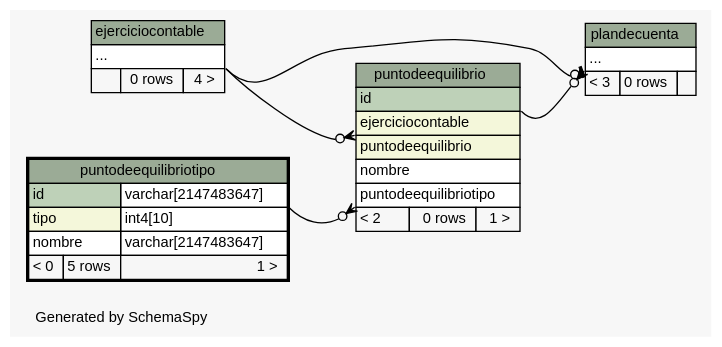
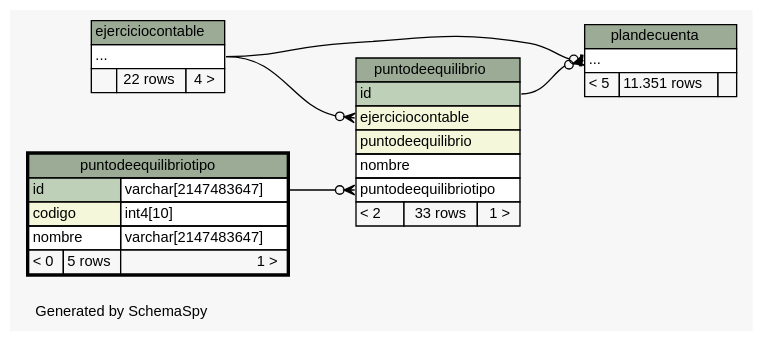
One commit to sebaalvarez/massoftware changed the diagram in sql/postgresql/schemaSpy/salida/diagrams/puntodeequilibriotipo.2degrees.dot. Above: the diagram before and after it, drawn with Graphviz. The commit also changed 651 other files, not shown here.

```diff
--- a/sql/postgresql/schemaSpy/salida/diagrams/puntodeequilibriotipo.2degrees.dot
+++ b/sql/postgresql/schemaSpy/salida/diagrams/puntodeequilibriotipo.2degrees.dot
@@ -1,72 +1,72 @@
-// dot 2.2.1 on Windows 10 10.0
+// dot 2.38.0 on Windows 10 10.0
 // SchemaSpy rev 590
 digraph "twoDegreesRelationshipsDiagram" {
   graph [
     rankdir="RL"
     bgcolor="#f7f7f7"
     label="\nGenerated by SchemaSpy"
     labeljust="l"
     nodesep="0.18"
     ranksep="0.46"
     fontname="Helvetica"
     fontsize="11"
   ];
   node [
     fontname="Helvetica"
     fontsize="11"
     shape="plaintext"
   ];
   edge [
     arrowsize="0.8"
   ];
-  "plandecuenta":"elipses":sw -> "ejerciciocontable":"elipses":se [arrowhead=none dir=back arrowtail=teeodot];
-  "plandecuenta":"elipses":sw -> "puntodeequilibrio":"id":se [arrowhead=none dir=back arrowtail=crowodot];
-  "puntodeequilibrio":"ejerciciocontable":sw -> "ejerciciocontable":"elipses":se [arrowhead=none dir=back arrowtail=crowodot];
-  "puntodeequilibrio":"puntodeequilibriotipo":sw -> "puntodeequilibriotipo":"id.type":se [arrowhead=none dir=back arrowtail=crowodot];
+  "plandecuenta":"elipses":w -> "ejerciciocontable":"elipses":e [arrowhead=none dir=back arrowtail=teeodot];
+  "plandecuenta":"elipses":w -> "puntodeequilibrio":"id":e [arrowhead=none dir=back arrowtail=crowodot];
+  "puntodeequilibrio":"ejerciciocontable":w -> "ejerciciocontable":"elipses":e [arrowhead=none dir=back arrowtail=crowodot];
+  "puntodeequilibrio":"puntodeequilibriotipo":w -> "puntodeequilibriotipo":"id.type":e [arrowhead=none dir=back arrowtail=crowodot];
   "ejerciciocontable" [
     label=<
     <TABLE BORDER="0" CELLBORDER="1" CELLSPACING="0" BGCOLOR="#ffffff">
       <TR><TD COLSPAN="3" BGCOLOR="#9bab96" ALIGN="CENTER">ejerciciocontable</TD></TR>
       <TR><TD PORT="elipses" COLSPAN="3" ALIGN="LEFT">...</TD></TR>
-      <TR><TD ALIGN="LEFT" BGCOLOR="#f7f7f7">  </TD><TD ALIGN="RIGHT" BGCOLOR="#f7f7f7">0 rows</TD><TD ALIGN="RIGHT" BGCOLOR="#f7f7f7">4 &gt;</TD></TR>
+      <TR><TD ALIGN="LEFT" BGCOLOR="#f7f7f7">  </TD><TD ALIGN="RIGHT" BGCOLOR="#f7f7f7">22 rows</TD><TD ALIGN="RIGHT" BGCOLOR="#f7f7f7">4 &gt;</TD></TR>
     </TABLE>>
     URL="ejerciciocontable.html"
     tooltip="ejerciciocontable"
   ];
   "plandecuenta" [
     label=<
     <TABLE BORDER="0" CELLBORDER="1" CELLSPACING="0" BGCOLOR="#ffffff">
       <TR><TD COLSPAN="3" BGCOLOR="#9bab96" ALIGN="CENTER">plandecuenta</TD></TR>
       <TR><TD PORT="elipses" COLSPAN="3" ALIGN="LEFT">...</TD></TR>
-      <TR><TD ALIGN="LEFT" BGCOLOR="#f7f7f7">&lt; 3</TD><TD ALIGN="RIGHT" BGCOLOR="#f7f7f7">0 rows</TD><TD ALIGN="RIGHT" BGCOLOR="#f7f7f7">  </TD></TR>
+      <TR><TD ALIGN="LEFT" BGCOLOR="#f7f7f7">&lt; 5</TD><TD ALIGN="RIGHT" BGCOLOR="#f7f7f7">11.351 rows</TD><TD ALIGN="RIGHT" BGCOLOR="#f7f7f7">  </TD></TR>
     </TABLE>>
     URL="plandecuenta.html"
     tooltip="plandecuenta"
   ];
   "puntodeequilibrio" [
     label=<
     <TABLE BORDER="0" CELLBORDER="1" CELLSPACING="0" BGCOLOR="#ffffff">
       <TR><TD COLSPAN="3" BGCOLOR="#9bab96" ALIGN="CENTER">puntodeequilibrio</TD></TR>
       <TR><TD PORT="id" COLSPAN="3" BGCOLOR="#bed1b8" ALIGN="LEFT">id</TD></TR>
       <TR><TD PORT="ejerciciocontable" COLSPAN="3" BGCOLOR="#f4f7da" ALIGN="LEFT">ejerciciocontable</TD></TR>
       <TR><TD PORT="puntodeequilibrio" COLSPAN="3" BGCOLOR="#f4f7da" ALIGN="LEFT">puntodeequilibrio</TD></TR>
       <TR><TD PORT="nombre" COLSPAN="3" ALIGN="LEFT">nombre</TD></TR>
       <TR><TD PORT="puntodeequilibriotipo" COLSPAN="3" ALIGN="LEFT">puntodeequilibriotipo</TD></TR>
-      <TR><TD ALIGN="LEFT" BGCOLOR="#f7f7f7">&lt; 2</TD><TD ALIGN="RIGHT" BGCOLOR="#f7f7f7">0 rows</TD><TD ALIGN="RIGHT" BGCOLOR="#f7f7f7">1 &gt;</TD></TR>
+      <TR><TD ALIGN="LEFT" BGCOLOR="#f7f7f7">&lt; 2</TD><TD ALIGN="RIGHT" BGCOLOR="#f7f7f7">33 rows</TD><TD ALIGN="RIGHT" BGCOLOR="#f7f7f7">1 &gt;</TD></TR>
     </TABLE>>
     URL="puntodeequilibrio.html"
     tooltip="puntodeequilibrio"
   ];
   "puntodeequilibriotipo" [
     label=<
     <TABLE BORDER="2" CELLBORDER="1" CELLSPACING="0" BGCOLOR="#ffffff">
       <TR><TD COLSPAN="3" BGCOLOR="#9bab96" ALIGN="CENTER">puntodeequilibriotipo</TD></TR>
       <TR><TD PORT="id" COLSPAN="2" BGCOLOR="#bed1b8" ALIGN="LEFT">id</TD><TD PORT="id.type" ALIGN="LEFT">varchar[2147483647]</TD></TR>
-      <TR><TD PORT="tipo" COLSPAN="2" BGCOLOR="#f4f7da" ALIGN="LEFT">tipo</TD><TD PORT="tipo.type" ALIGN="LEFT">int4[10]</TD></TR>
+      <TR><TD PORT="codigo" COLSPAN="2" BGCOLOR="#f4f7da" ALIGN="LEFT">codigo</TD><TD PORT="codigo.type" ALIGN="LEFT">int4[10]</TD></TR>
       <TR><TD PORT="nombre" COLSPAN="2" ALIGN="LEFT">nombre</TD><TD PORT="nombre.type" ALIGN="LEFT">varchar[2147483647]</TD></TR>
       <TR><TD ALIGN="LEFT" BGCOLOR="#f7f7f7">&lt; 0</TD><TD ALIGN="RIGHT" BGCOLOR="#f7f7f7">5 rows</TD><TD ALIGN="RIGHT" BGCOLOR="#f7f7f7">1 &gt;</TD></TR>
     </TABLE>>
     URL="puntodeequilibriotipo.html"
     tooltip="puntodeequilibriotipo"
   ];
 }
```
